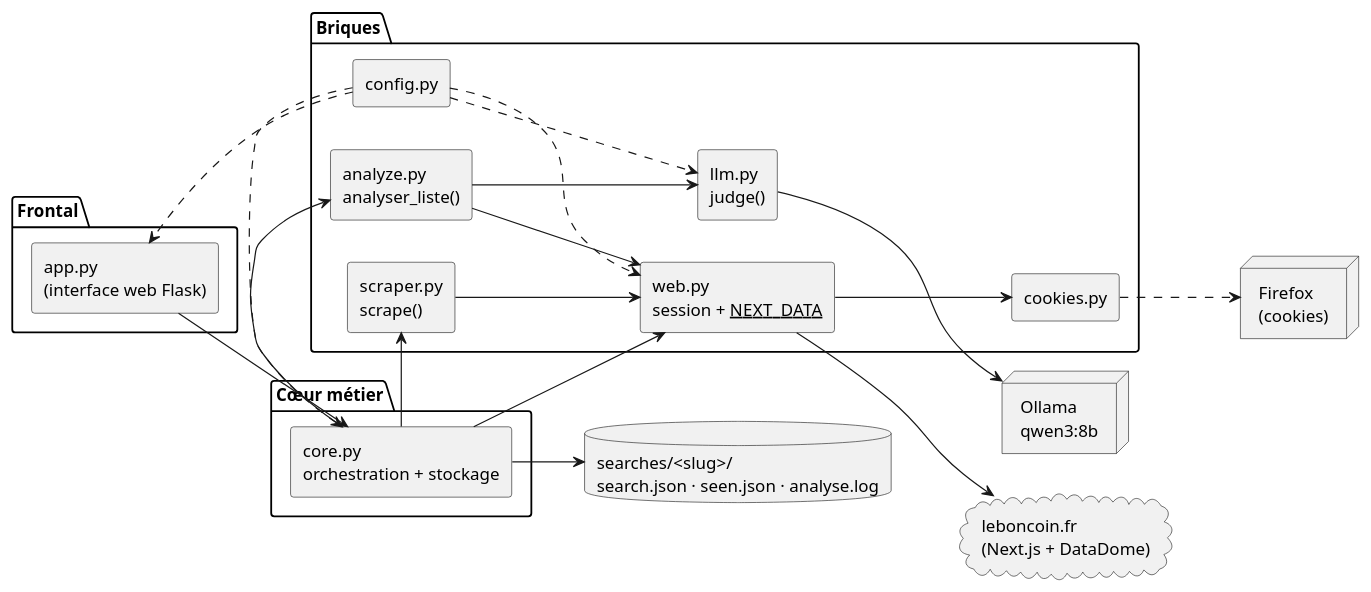
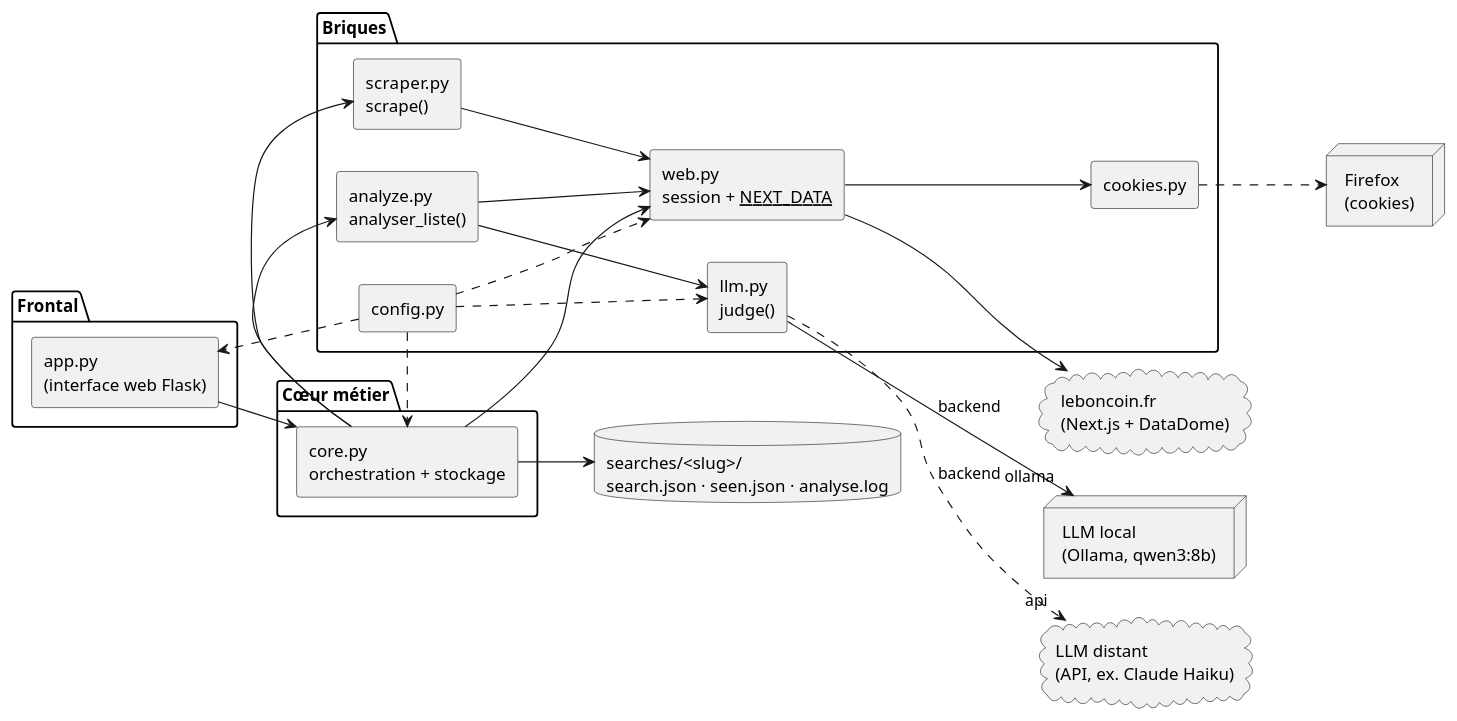
Before and after one commit to Pierre3851/lebonparser: the first of 8 diagrams in docs/architecture.md, drawn with PlantUML. The commit also changed other lines of this file and 4 other files, not shown here.

First line of the commit message:
Documente le backend LLM distant, la config .env et le limiteur de débit

````diff
--- a/docs/architecture.md
+++ b/docs/architecture.md
@@ -9,47 +9,49 @@
 ```plantuml
 @startuml
 skinparam shadowing false
 skinparam componentStyle rectangle
 left to right direction
 
 package "Frontal" {
   [app.py\n(interface web Flask)] as APP
 }
 
 package "Cœur métier" {
   [core.py\norchestration + stockage] as CORE
 }
 
 package "Briques" {
   [scraper.py\nscrape()] as SCRAPE
   [analyze.py\nanalyser_liste()] as ANALYZE
   [web.py\nsession + __NEXT_DATA__] as WEB
   [llm.py\njudge()] as LLM
   [cookies.py] as COOKIES
   [config.py] as CONFIG
 }
 
 cloud "leboncoin.fr\n(Next.js + DataDome)" as LBC
-node "Ollama\nqwen3:8b" as OLLAMA
+node "LLM local\n(Ollama, qwen3:8b)" as OLLAMA
+cloud "LLM distant\n(API, ex. Claude Haiku)" as APILLM
 database "searches/<slug>/\nsearch.json · seen.json · analyse.log" as STORE
 node "Firefox\n(cookies)" as FF
 
 APP --> CORE
 CORE --> SCRAPE
 CORE --> ANALYZE
 CORE --> WEB
 CORE --> STORE
 SCRAPE --> WEB
 ANALYZE --> WEB
 ANALYZE --> LLM
 WEB --> COOKIES
 WEB --> LBC
 COOKIES ..> FF
-LLM --> OLLAMA
+LLM --> OLLAMA : backend "ollama"
+LLM ..> APILLM : backend "api"
 
 CONFIG ..> APP
 CONFIG ..> CORE
 CONFIG ..> WEB
 CONFIG ..> LLM
 @enduml
 ```
````
